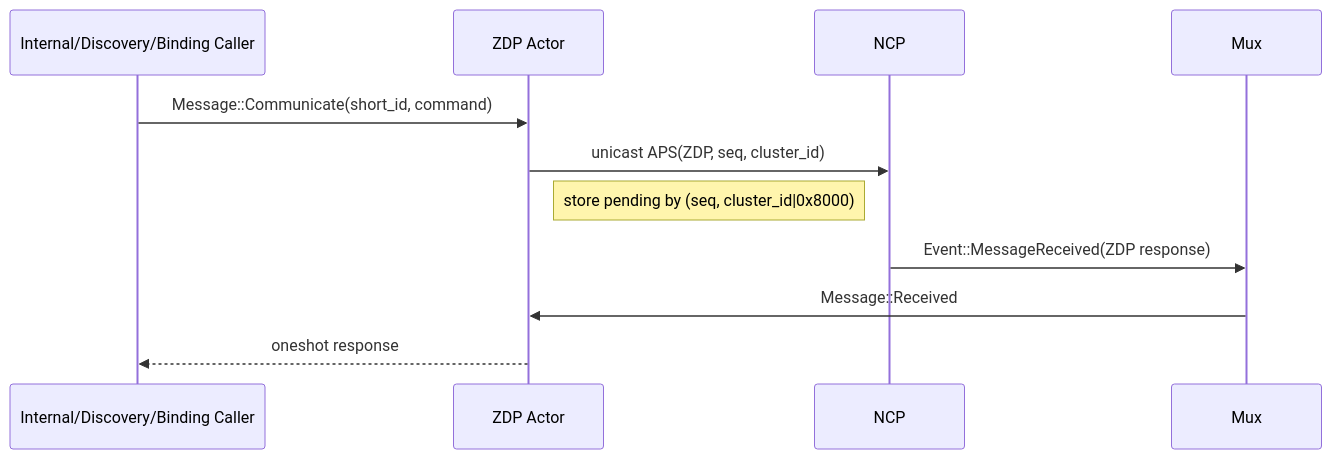
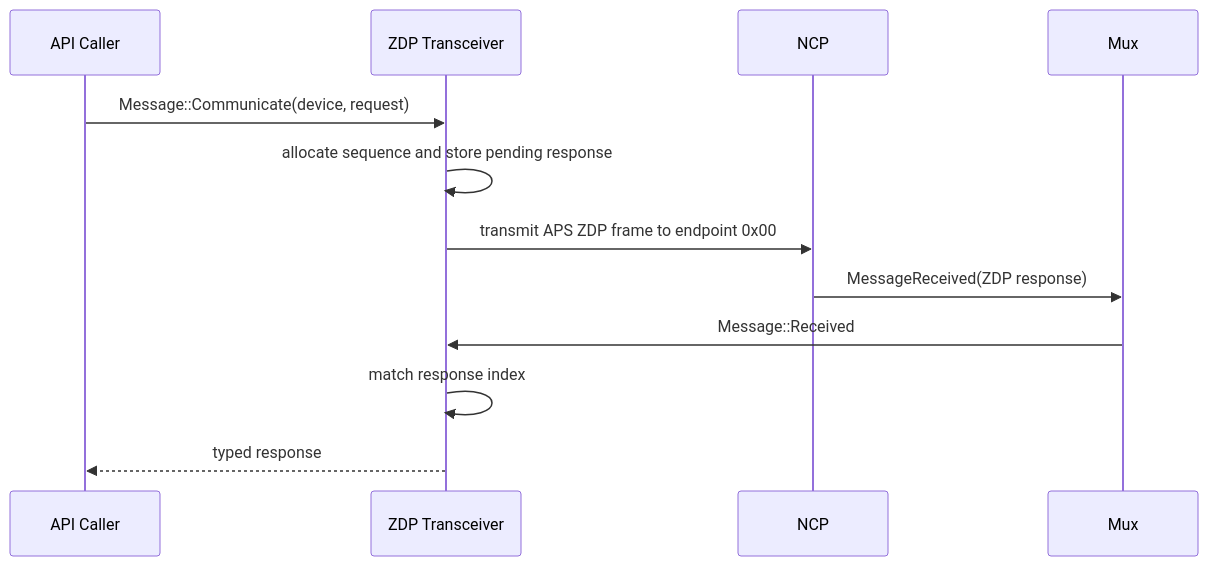
The fifth of 7 diagrams in coordinator/ARCHITECTURE.md (PaulmannLighting/apis-saltans), drawn with Mermaid before and after one commit. The commit also changed other lines of this file and 9 other files, not shown here.

````diff
--- a/coordinator/ARCHITECTURE.md
+++ b/coordinator/ARCHITECTURE.md
@@ -319,15 +216,15 @@
 ```mermaid
 sequenceDiagram
-    participant API as Internal/Discovery/Binding Caller
-    participant ZDP as ZDP Actor
+    participant API as API Caller
+    participant ZDP as ZDP Transceiver
     participant HW as NCP
     participant M as Mux
 
-    API->>ZDP: Message::Communicate(short_id, command)
-    ZDP->>HW: unicast APS(ZDP, seq, cluster_id)
-    Note right of ZDP: store pending by (seq, cluster_id|0x8000)
-
-    HW->>M: Event::MessageReceived(ZDP response)
+    API->>ZDP: Message::Communicate(device, request)
+    ZDP->>ZDP: allocate sequence and store pending response
+    ZDP->>HW: transmit APS ZDP frame to endpoint 0x00
+    HW->>M: MessageReceived(ZDP response)
     M->>ZDP: Message::Received
-    ZDP-->>API: oneshot response
+    ZDP->>ZDP: match response index
+    ZDP-->>API: typed response
 ```
````
